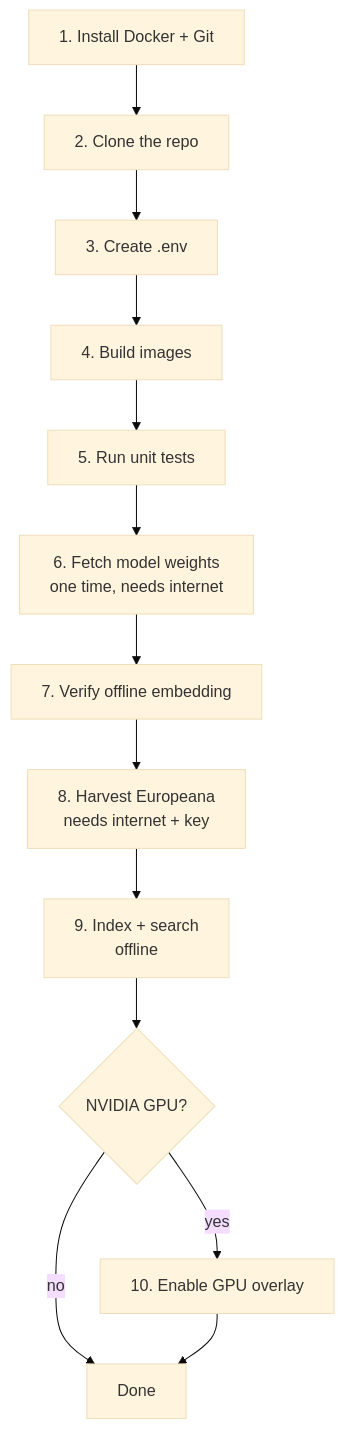
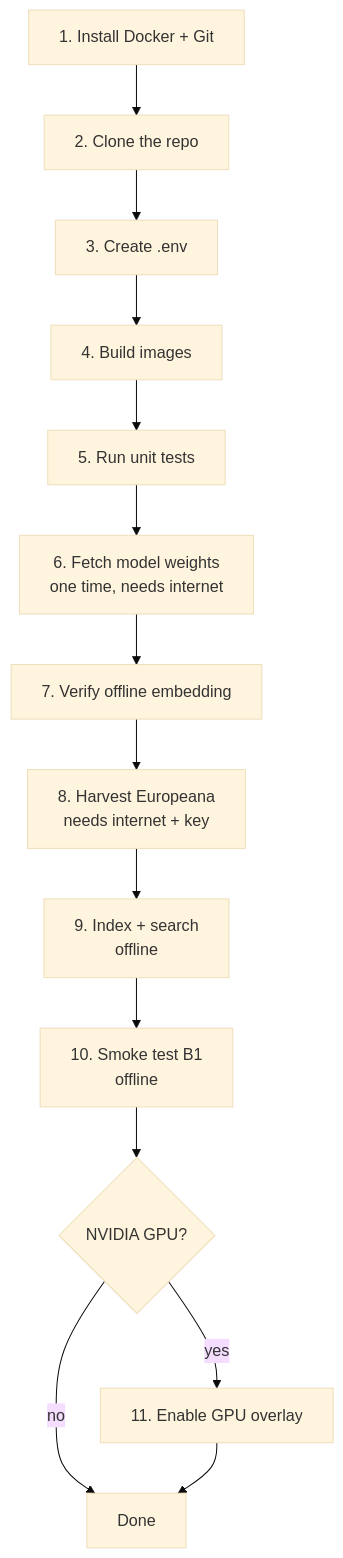
Before and after one commit to teamworxAI/campus-ai: the diagram in docs/build_guide.md, drawn with Mermaid (base theme). The commit also changed other lines of this file and 5 other files, not shown here.

First line of the commit message:
Document Ollama in compose and the smoke test

````diff
--- a/docs/build_guide.md
+++ b/docs/build_guide.md
@@ -7,15 +7,16 @@
 ```mermaid
 flowchart TD
     P[1. Install Docker + Git] --> C[2. Clone the repo]
     C --> E[3. Create .env]
     E --> B[4. Build images]
     B --> T[5. Run unit tests]
     T --> M[6. Fetch model weights<br/>one time, needs internet]
     M --> V[7. Verify offline embedding]
     V --> H[8. Harvest Europeana<br/>needs internet + key]
     H --> I[9. Index + search<br/>offline]
-    I --> G{NVIDIA GPU?}
-    G -->|yes| GP[10. Enable GPU overlay]
+    I --> S[10. Smoke test B1<br/>offline]
+    S --> G{NVIDIA GPU?}
+    G -->|yes| GP[11. Enable GPU overlay]
     G -->|no| D[Done]
     GP --> D
 ```
````
